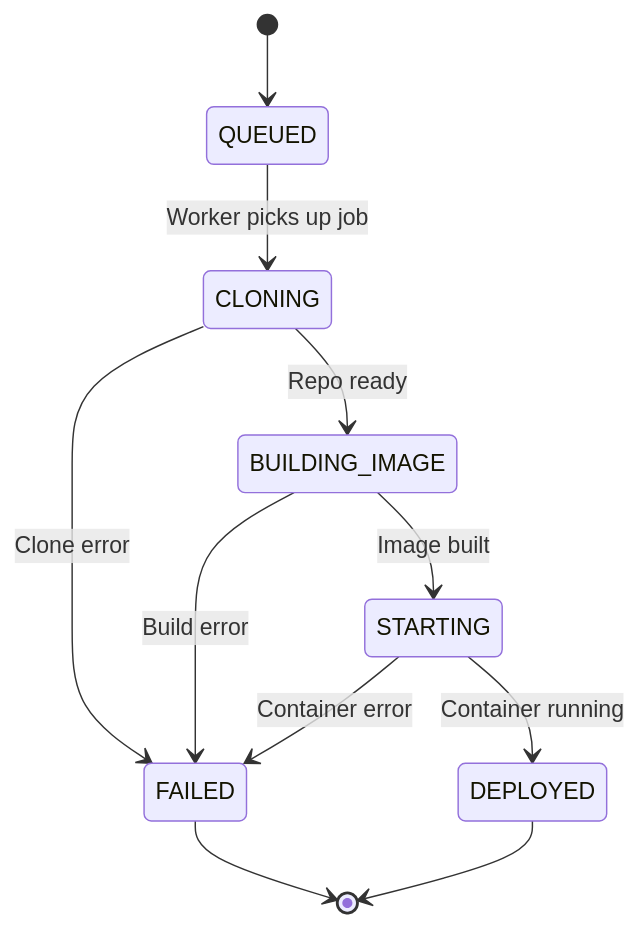
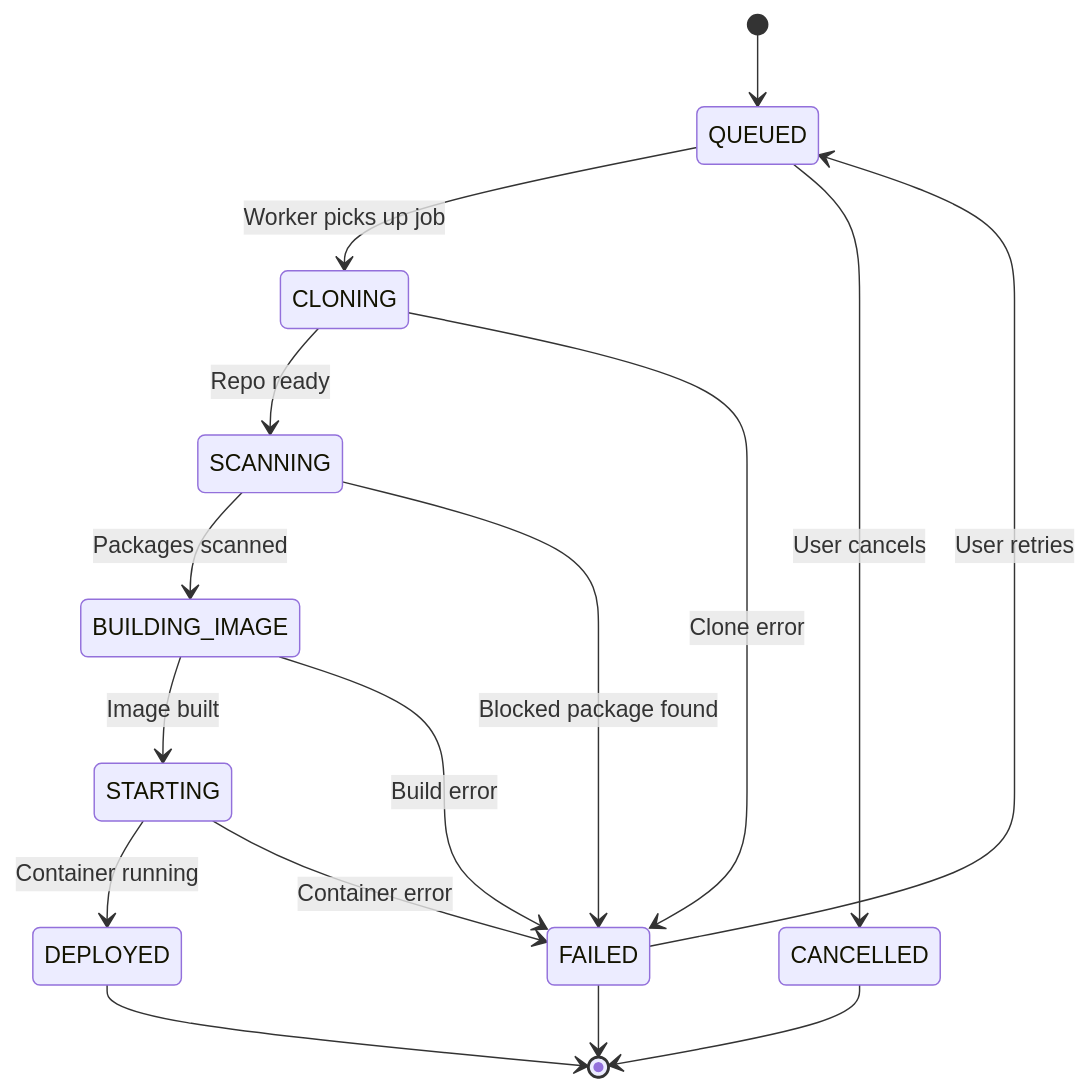
Before and after one commit to kpndevrootentri/dropdeploy: the eighth of 10 diagrams in docs/HOW-IT-WORKS.md, drawn with Mermaid. The commit also changed other lines of this file and 23 other files, not shown here.

````diff
--- a/docs/HOW-IT-WORKS.md
+++ b/docs/HOW-IT-WORKS.md
@@ -313,13 +387,18 @@
 ```mermaid
 stateDiagram-v2
     [*] --> QUEUED
     QUEUED --> CLONING: Worker picks up job
-    CLONING --> BUILDING_IMAGE: Repo ready
+    CLONING --> SCANNING: Repo ready
+    SCANNING --> BUILDING_IMAGE: Packages scanned
     BUILDING_IMAGE --> STARTING: Image built
     STARTING --> DEPLOYED: Container running
     CLONING --> FAILED: Clone error
+    SCANNING --> FAILED: Blocked package found
     BUILDING_IMAGE --> FAILED: Build error
     STARTING --> FAILED: Container error
+    QUEUED --> CANCELLED: User cancels
+    FAILED --> QUEUED: User retries
+    DEPLOYED --> [*]
     FAILED --> [*]
-    DEPLOYED --> [*]
+    CANCELLED --> [*]
 ```
````
